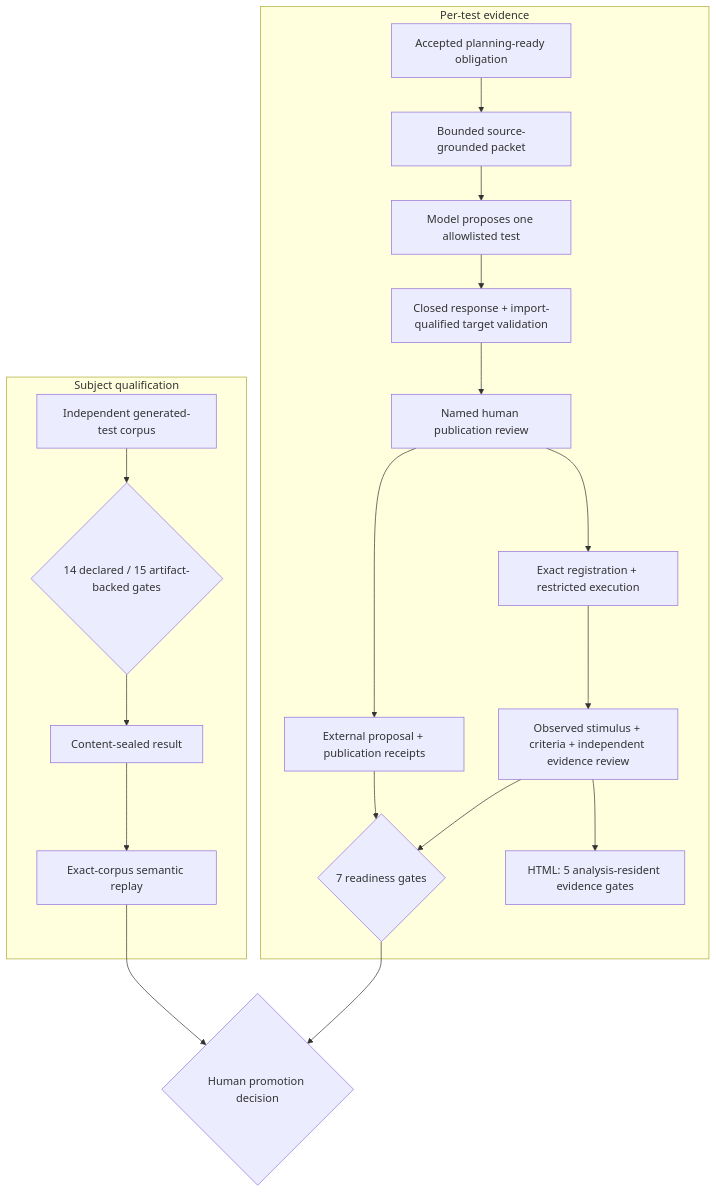
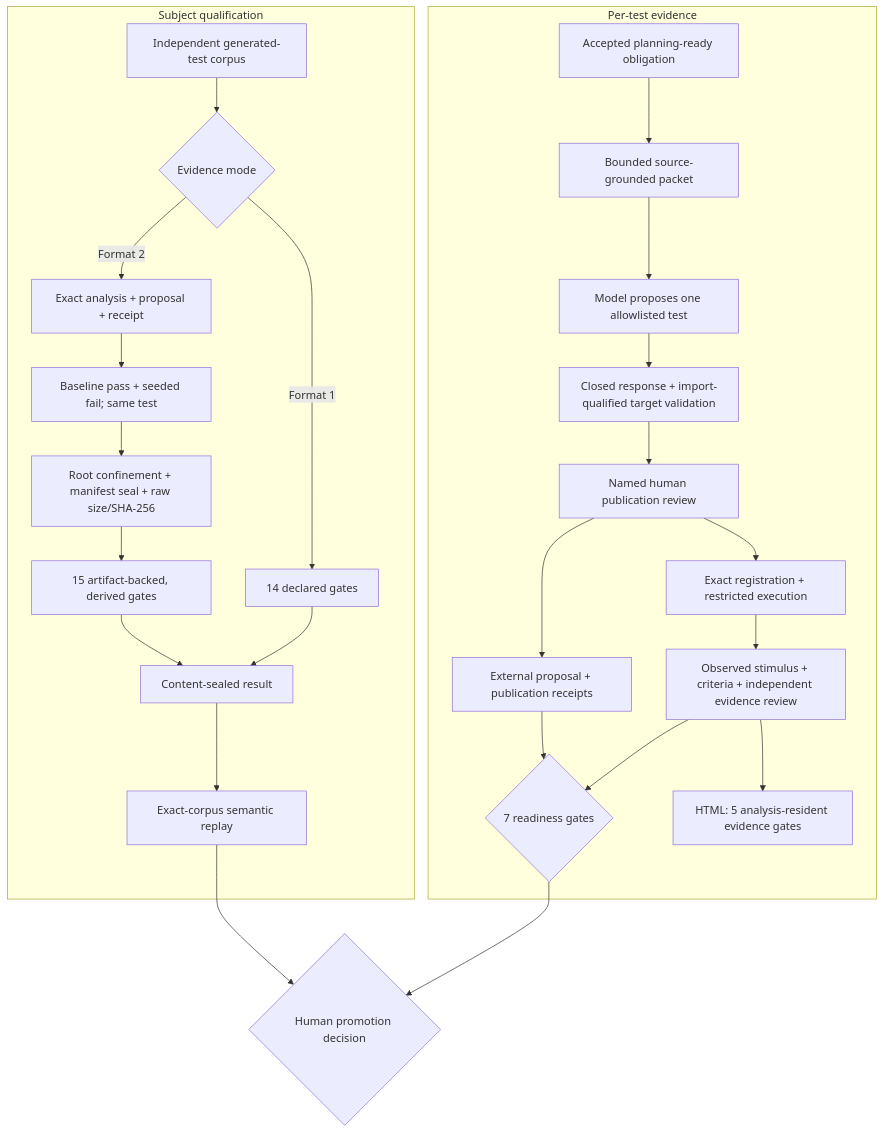
Before and after one commit to willtran87/project-py-sfmea: the fifth of 7 diagrams in docs/VISUAL_GUIDE.md, drawn with Mermaid. The commit also changed other lines of this file and 11 other files, not shown here.

Commit message:
Refresh generated-test documentation and diagrams

````diff
--- a/docs/VISUAL_GUIDE.md
+++ b/docs/VISUAL_GUIDE.md
@@ -122,22 +122,28 @@
 ```mermaid
 flowchart TB
     subgraph PERTEST["Per-test evidence"]
         O["Accepted planning-ready obligation"] --> P["Bounded source-grounded packet"]
         P --> M["Model proposes one allowlisted test"]
         M --> X["Closed response + import-qualified target validation"]
         X --> H["Named human publication review"]
         H --> E["Exact registration + restricted execution"]
         E --> I["Observed stimulus + criteria + independent evidence review"]
         I --> R{"7 readiness gates"}
         I --> HTML["HTML: 5 analysis-resident evidence gates"]
         H --> EXT["External proposal + publication receipts"]
         EXT --> R
     end
     subgraph SUBJECT["Subject qualification"]
-        C["Independent generated-test corpus"] --> Q{"14 declared / 15 artifact-backed gates"}
-        Q --> S["Content-sealed result"]
+        C["Independent generated-test corpus"] --> Q{"Evidence mode"}
+        Q -- "Format 1" --> D14["14 declared gates"]
+        Q -- "Format 2" --> ART["Exact analysis + proposal + receipt"]
+        ART --> RUN["Baseline pass + seeded fail; same test"]
+        RUN --> RAW["Root confinement + manifest seal + raw size/SHA-256"]
+        RAW --> D15["15 artifact-backed, derived gates"]
+        D14 --> S["Content-sealed result"]
+        D15 --> S
         S --> V["Exact-corpus semantic replay"]
     end
     R --> D{"Human promotion decision"}
     V --> D
 ```
````
